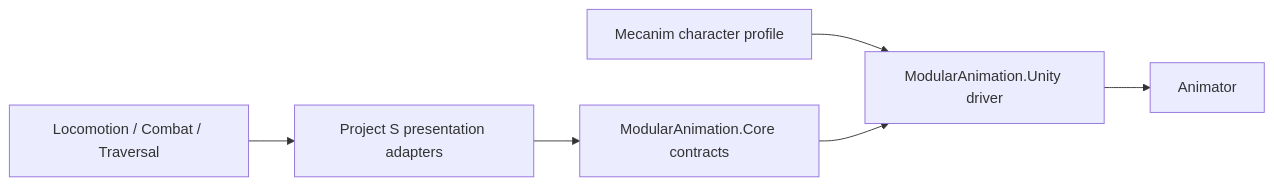
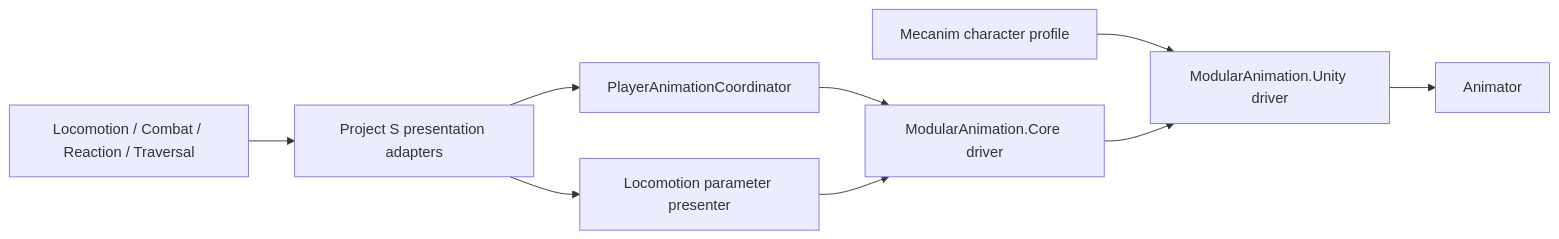
The second of 2 diagrams in Docs/Architecture/Player.Animation.md (MaximFonariuc/project-s), drawn with Mermaid before and after one commit. The commit also changed other lines of this file and 18 other files, not shown here.

Commit message:
feat: arbitrate player animation states

````diff
--- a/Docs/Architecture/Player.Animation.md
+++ b/Docs/Architecture/Player.Animation.md
@@ -99,8 +119,11 @@
 ```mermaid
 flowchart LR
-    Gameplay["Locomotion / Combat / Traversal"] --> ProjectAdapters["Project S presentation adapters"]
-    ProjectAdapters --> ModulePort["ModularAnimation.Core contracts"]
+    Gameplay["Locomotion / Combat / Reaction / Traversal"] --> ProjectAdapters["Project S presentation adapters"]
+    ProjectAdapters --> Coordinator["PlayerAnimationCoordinator"]
+    Coordinator --> ModulePort["ModularAnimation.Core driver"]
+    ProjectAdapters --> LocomotionFrame["Locomotion parameter presenter"]
+    LocomotionFrame --> ModulePort
     Profile["Mecanim character profile"] --> UnityDriver["ModularAnimation.Unity driver"]
     ModulePort --> UnityDriver
     UnityDriver --> Animator
 ```
````
